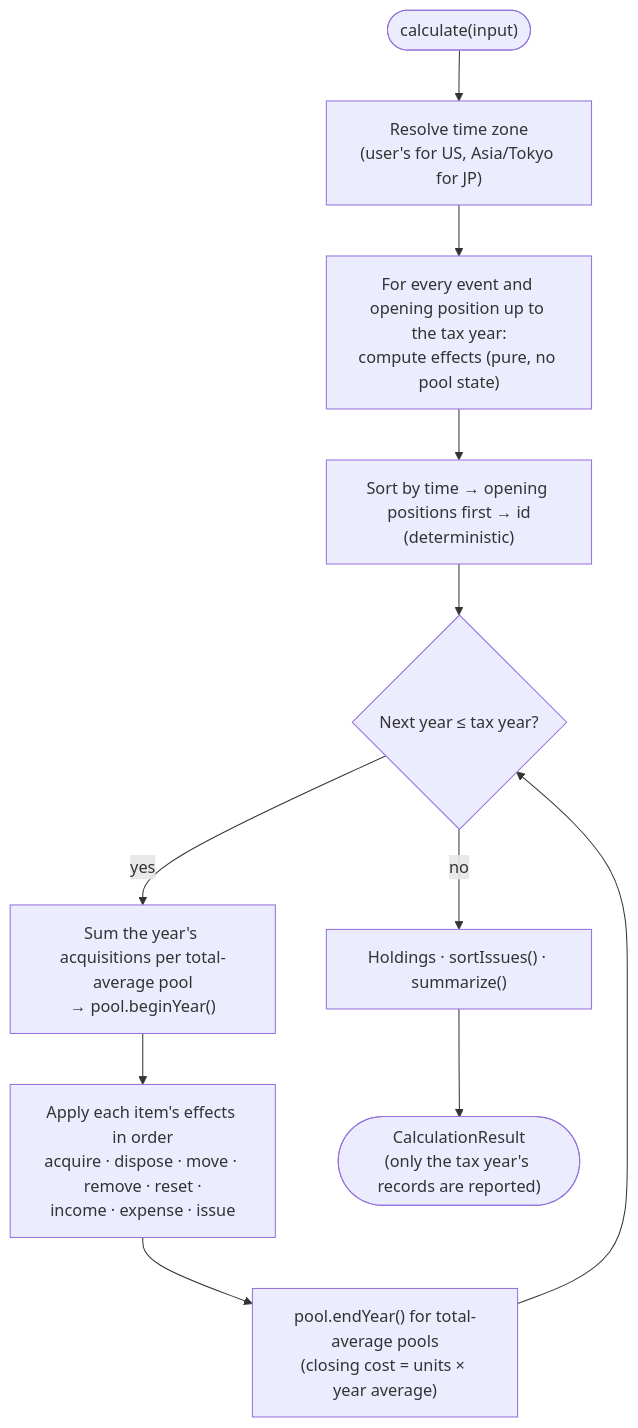
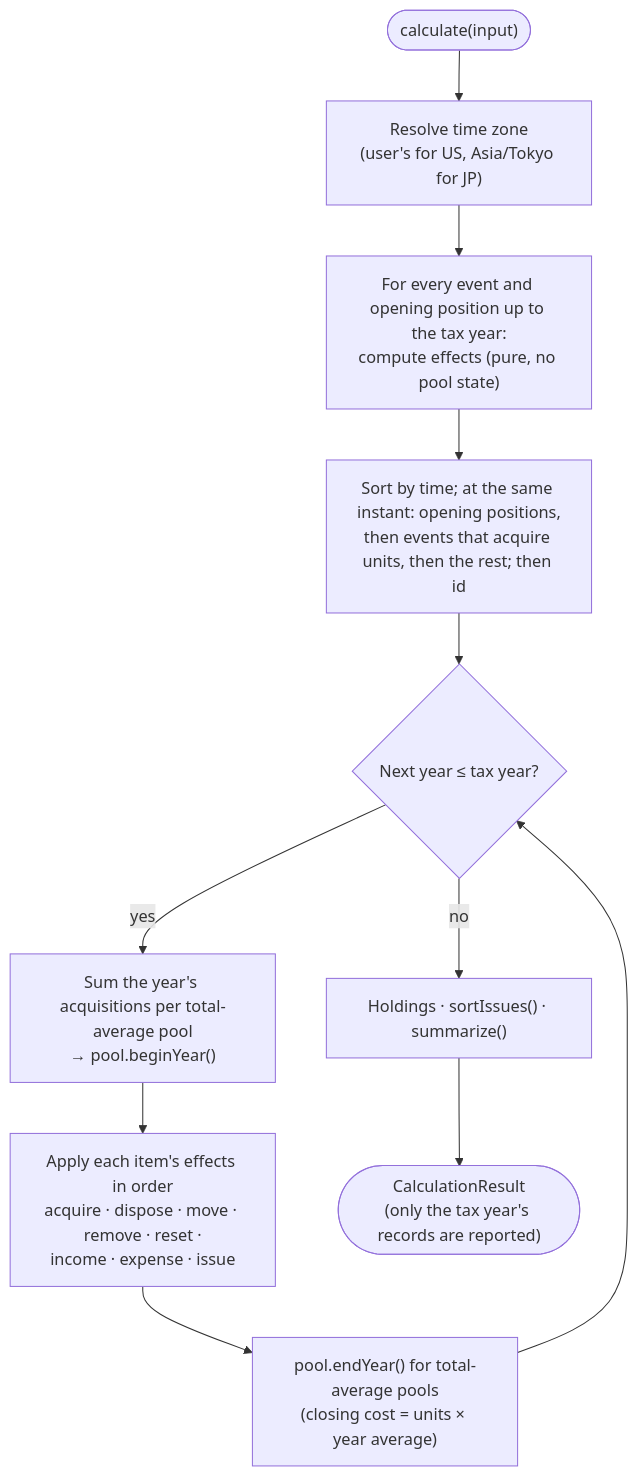
Before and after one commit to sunveda/taxable: the second of 11 diagrams in docs/architecture/flows.md, drawn with Mermaid. The commit also changed other lines of this file and 12 other files, not shown here.

````diff
--- a/docs/architecture/flows.md
+++ b/docs/architecture/flows.md
@@ -56,13 +56,13 @@
 ```mermaid
 flowchart TD
   start(["calculate(input)"]) --> tz["Resolve time zone<br/>(user's for US, Asia/Tokyo for JP)"]
   tz --> items["For every event and opening position up to the tax year:<br/>compute effects (pure, no pool state)"]
-  items --> sort["Sort by time → opening positions first → id<br/>(deterministic)"]
+  items --> sort["Sort by time; at the same instant: opening positions,<br/>then events that acquire units, then the rest; then id"]
   sort --> yloop{"Next year ≤ tax year?"}
   yloop -- yes --> pre["Sum the year's acquisitions per total-average pool<br/>→ pool.beginYear()"]
   pre --> apply["Apply each item's effects in order<br/>acquire · dispose · move · remove · reset ·<br/>income · expense · issue"]
   apply --> end_year["pool.endYear() for total-average pools<br/>(closing cost = units × year average)"]
   end_year --> yloop
   yloop -- no --> out["Holdings · sortIssues() · summarize()"]
   out --> result(["CalculationResult<br/>(only the tax year's records are reported)"])
 ```
````
